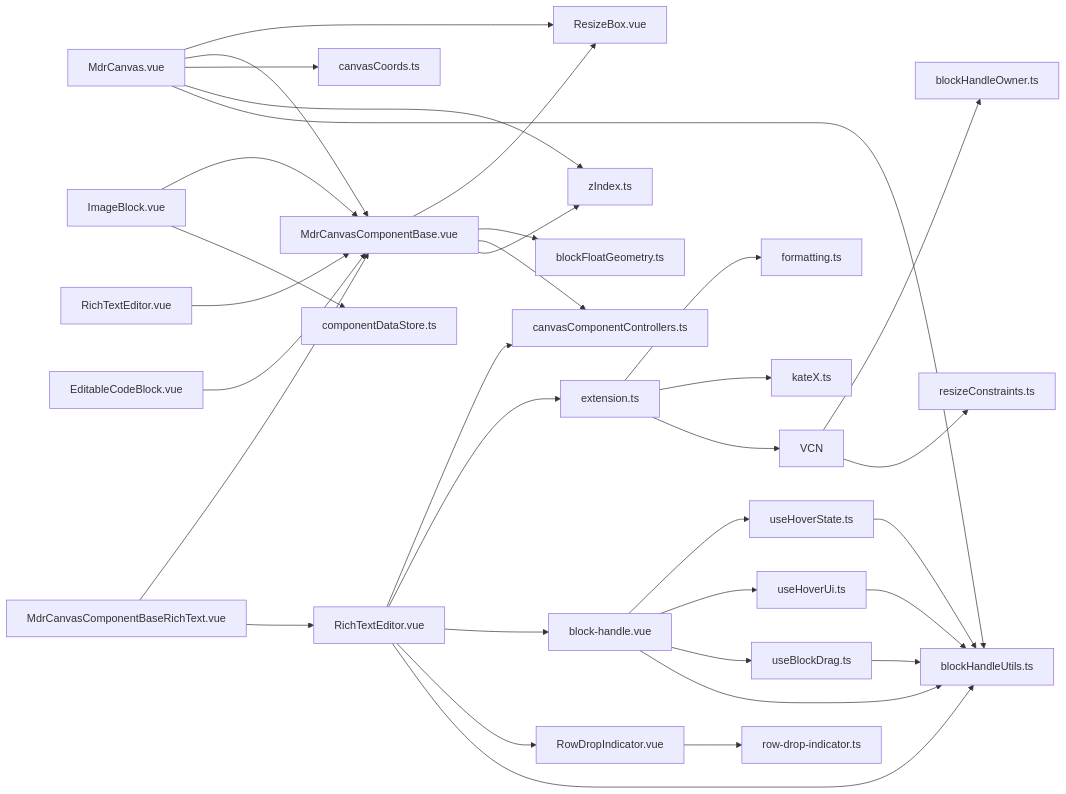
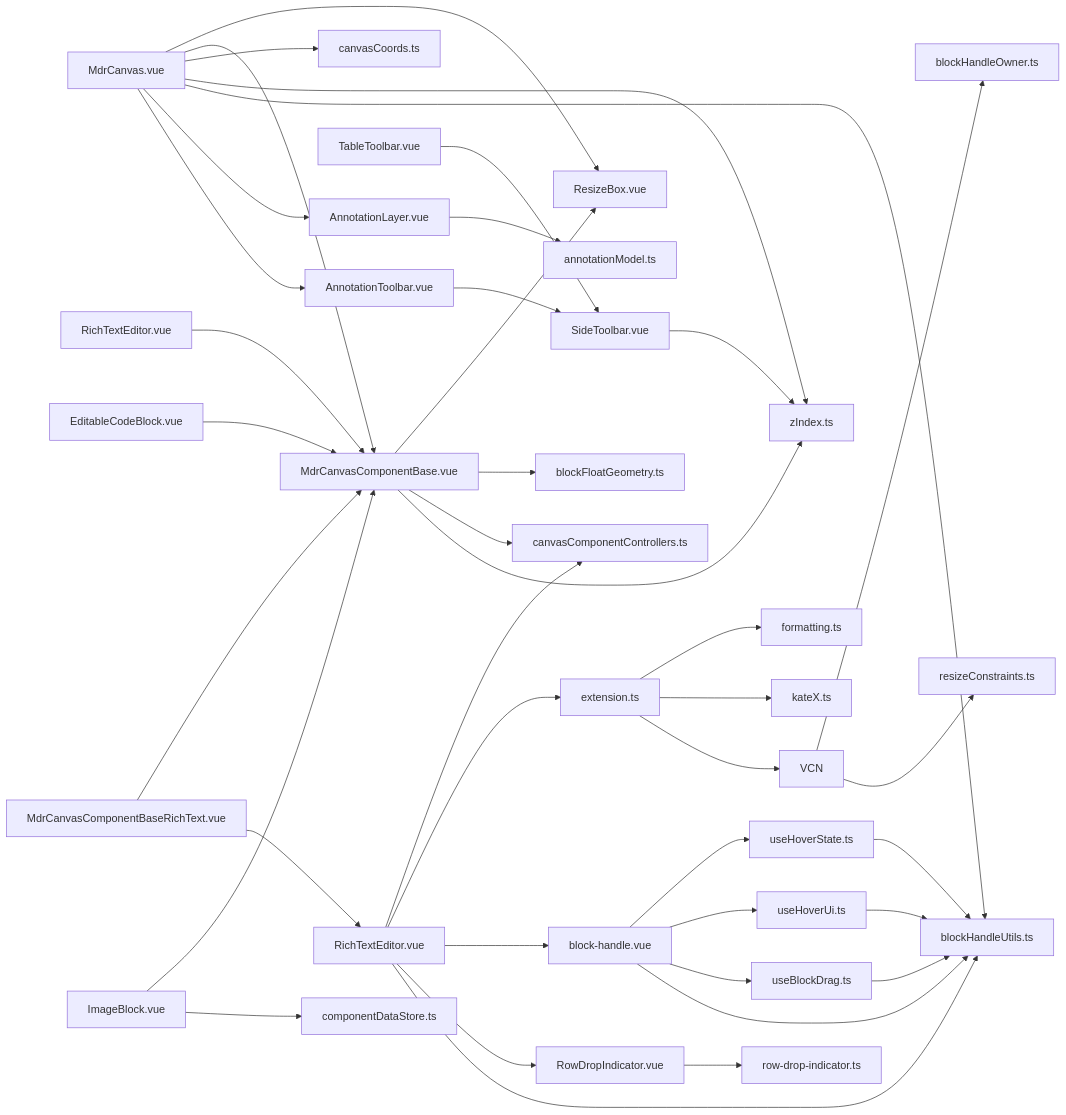
One commit to LogicAurora/Mindrizzle changed the second of 2 diagrams in src/docs/flow/00-architecture.md. Above: the diagram before and after it, drawn with Mermaid. The commit also changed other lines of this file and 21 other files, not shown here.

````diff
--- a/src/docs/flow/00-architecture.md
+++ b/src/docs/flow/00-architecture.md
@@ -72,36 +76,42 @@
 ```mermaid
 flowchart LR
   MC["MdrCanvas.vue"] --> RB["ResizeBox.vue"]
   MC --> MCB["MdrCanvasComponentBase.vue"]
   MC --> CC["canvasCoords.ts"]
   MC --> ZI["zIndex.ts"]
   MC --> BHU["blockHandleUtils.ts"]
+  MC --> AN["AnnotationLayer.vue"]
+  AN --> AM["annotationModel.ts"]
+  MC --> AT["AnnotationToolbar.vue"]
+  AT --> ST["SideToolbar.vue"]
+  TT["TableToolbar.vue"] --> ST
+  ST --> ZI
   MCB --> RB
   MCB --> GEO["blockFloatGeometry.ts"]
   MCB --> CTRL["canvasComponentControllers.ts"]
   MCB --> ZI
   RTE_B["MdrCanvasComponentBaseRichText.vue"] --> MCB
   RTE_B --> RTE["RichTextEditor.vue"]
   COD["RichTextEditor.vue"] --> MCB
   RTE --> CTRL
   CODE["EditableCodeBlock.vue"] --> MCB
   IMG["ImageBlock.vue"] --> MCB
   IMG --> CDS["componentDataStore.ts"]
   VCN --> BHO["blockHandleOwner.ts"]
   VCN --> RS["resizeConstraints.ts"]
   RTE["RichTextEditor.vue"] --> EXT["extension.ts"]
   RTE --> BH["block-handle.vue"]
   RTE --> RDI["RowDropIndicator.vue"]
   RTE --> BHU
   EXT --> FMT["formatting.ts"]
   EXT --> KTX["kateX.ts"]
   EXT --> VCN
   BH --> UHS["useHoverState.ts"]
   BH --> UHU["useHoverUi.ts"]
   BH --> UBD["useBlockDrag.ts"]
   BH --> BHU
   UHS --> BHU
   UHU --> BHU
   UBD --> BHU
   RDI --> RDIP["row-drop-indicator.ts"]
 ```
````
